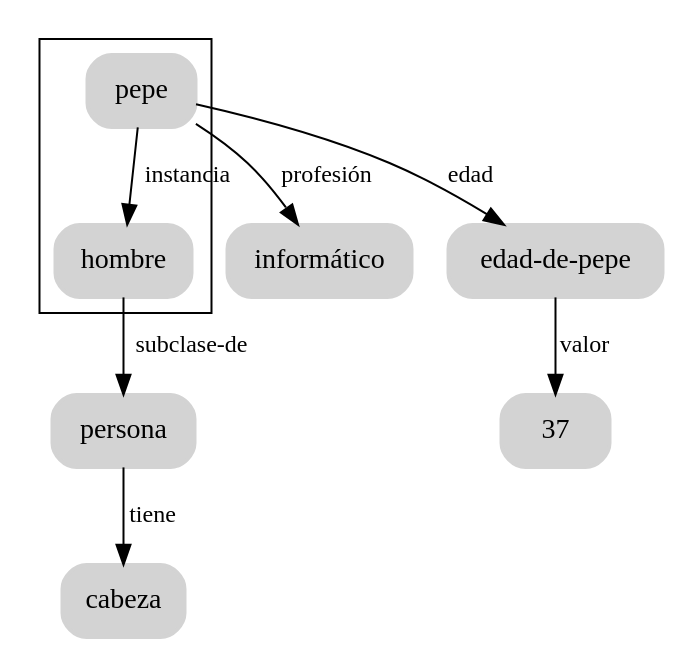
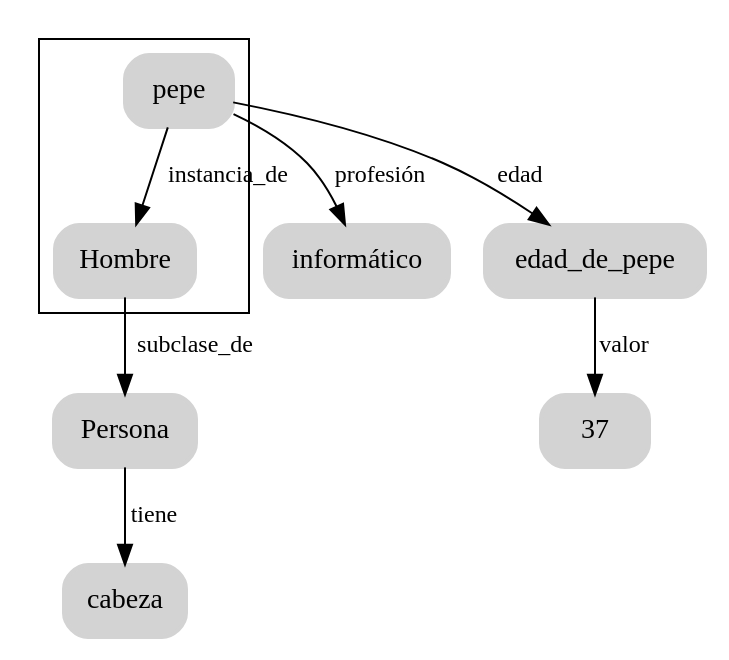
One commit to masterdatascienceifca/semantic-networks changed the diagram in dot/graph4.dot. Above: the diagram before and after it, drawn with Graphviz. The commit also changed 24 other files, not shown here.

```diff
--- a/dot/graph4.dot
+++ b/dot/graph4.dot
@@ -1,20 +1,21 @@
 digraph ejemplo {
-node  [style="rounded,filled,bold", shape=box, fontname="Nimbus", color="lightgray"];
-edge  [fontname="Nimbus" weight=2, fontsize=12]
-A -> B [ label = "profesión" ];
-A -> C [ label = "edad"];
-C -> D [ label = "valor"];
-subgraph cluster_1 {
-A -> E [ label = "instancia"];
+    node  [style="rounded,filled,bold", shape=box, fontname="Nimbus", color="lightgray"];
+    edge  [fontname="Nimbus" weight=2, fontsize=12]
+    
+    A -> B [ label = "profesión" ];
+    A -> C [ label = "edad"];
+    C -> D [ label = "valor"];
+    subgraph cluster_1 {
+        A -> E [ label = "instancia_de"];
+    }
+    E -> F [ label = "subclase_de"];
+    F -> G [ label = "tiene"];
+
+    A [label="pepe"];
+    B [label="informático"];
+    C [label="edad_de_pepe"];
+    D [label="37"];
+    E [label="Hombre"];
+    F [label="Persona"];
+    G [label="cabeza"];
 }
-E -> F [ label = "subclase-de"];
-F -> G [ label = "tiene"];
-
-A [label="pepe"];
-B [label="informático"];
-C [label="edad-de-pepe"];
-D [label="37"];
-E [label="hombre"];
-F [label="persona"];
-G [label="cabeza"];
-}
```
